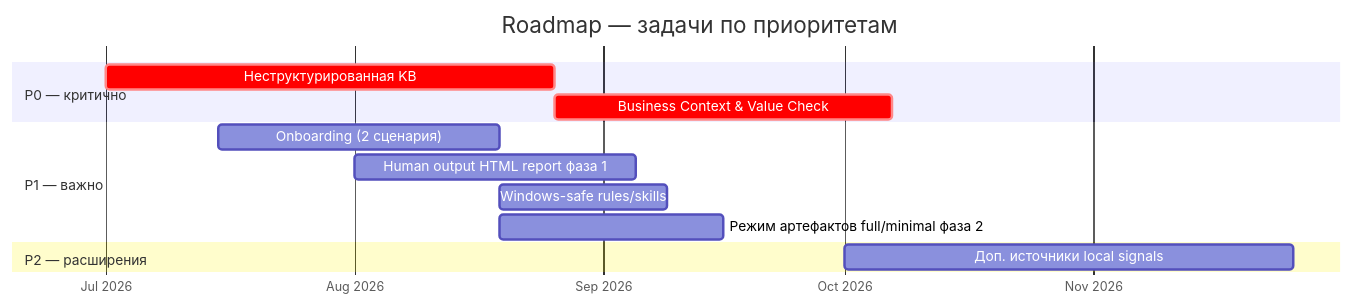
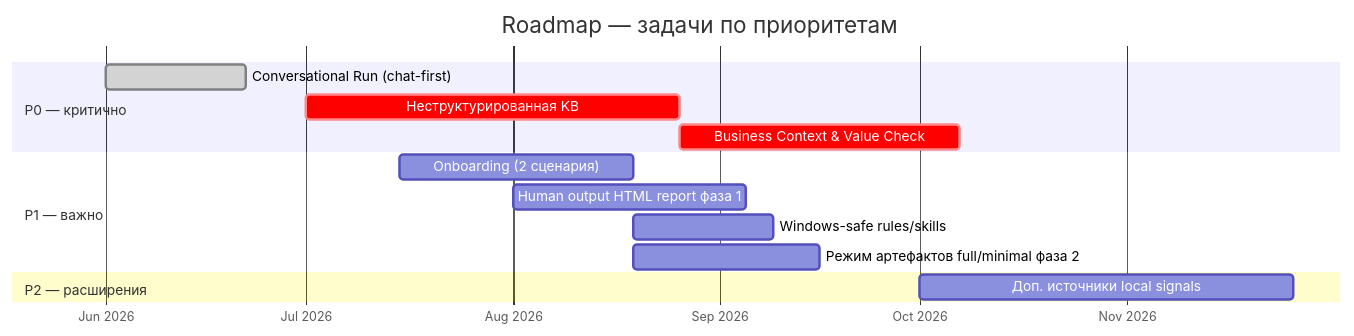
Before and after one commit to SergeyNash/hypothesis-stress-test: the diagram in roadmap/README.md, drawn with Mermaid. The commit also changed other lines of this file and 33 other files, not shown here.

````diff
--- a/roadmap/README.md
+++ b/roadmap/README.md
@@ -10,20 +10,21 @@
 ```mermaid
 gantt
     title Roadmap — задачи по приоритетам
     dateFormat YYYY-MM-DD
     axisFormat %b %Y
     todayMarker on
 
     section P0 — критично
+    Conversational Run (chat-first)           :done, p0conv, 2026-06-01, 3w
     Неструктурированная KB                  :crit, p0kb, 2026-07-01, 8w
     Business Context & Value Check            :crit, p0biz, after p0kb, 6w
 
     section P1 — важно
     Onboarding (2 сценария)                   :p1on, 2026-07-15, 5w
     Human output HTML report фаза 1             :p1html, 2026-08-01, 5w
     Windows-safe rules/skills                 :p1win, after p1on, 3w
     Режим артефактов full/minimal фаза 2      :p1modes, after p1on, 4w
 
     section P2 — расширения
     Доп. источники local signals              :p2sig, 2026-10-01, 8w
 ```
````
